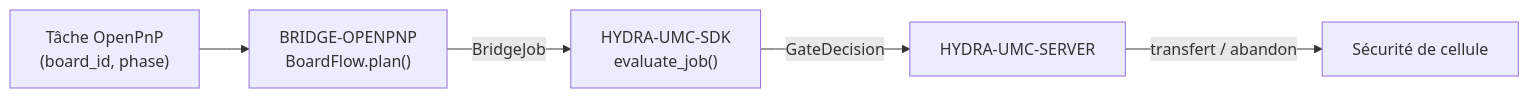
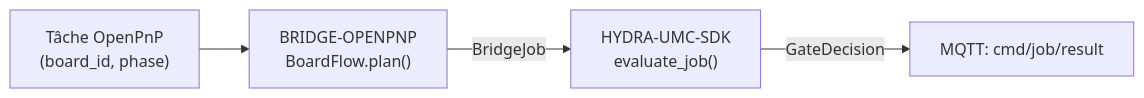
The diagram in README_fra.md (JuanenRac/HYDRA-UMC-BRIDGE-OPENPNP), drawn with Mermaid before and after one commit. The commit also changed other lines of this file and 22 other files, not shown here.

````diff
--- a/README_fra.md
+++ b/README_fra.md
@@ -50,7 +51,6 @@
 ```mermaid
 flowchart LR
     JOB["Tâche OpenPnP<br/>(board_id, phase)"] --> BRIDGE["BRIDGE-OPENPNP<br/>BoardFlow.plan()"]
     BRIDGE -- BridgeJob --> SDK["HYDRA-UMC-SDK<br/>evaluate_job()"]
-    SDK -- GateDecision --> SERVER["HYDRA-UMC-SERVER"]
-    SERVER -- "transfert / abandon" --> CELL["Sécurité de cellule"]
+    SDK -- GateDecision --> RESULT["MQTT: cmd/job/result"]
 ```
````
